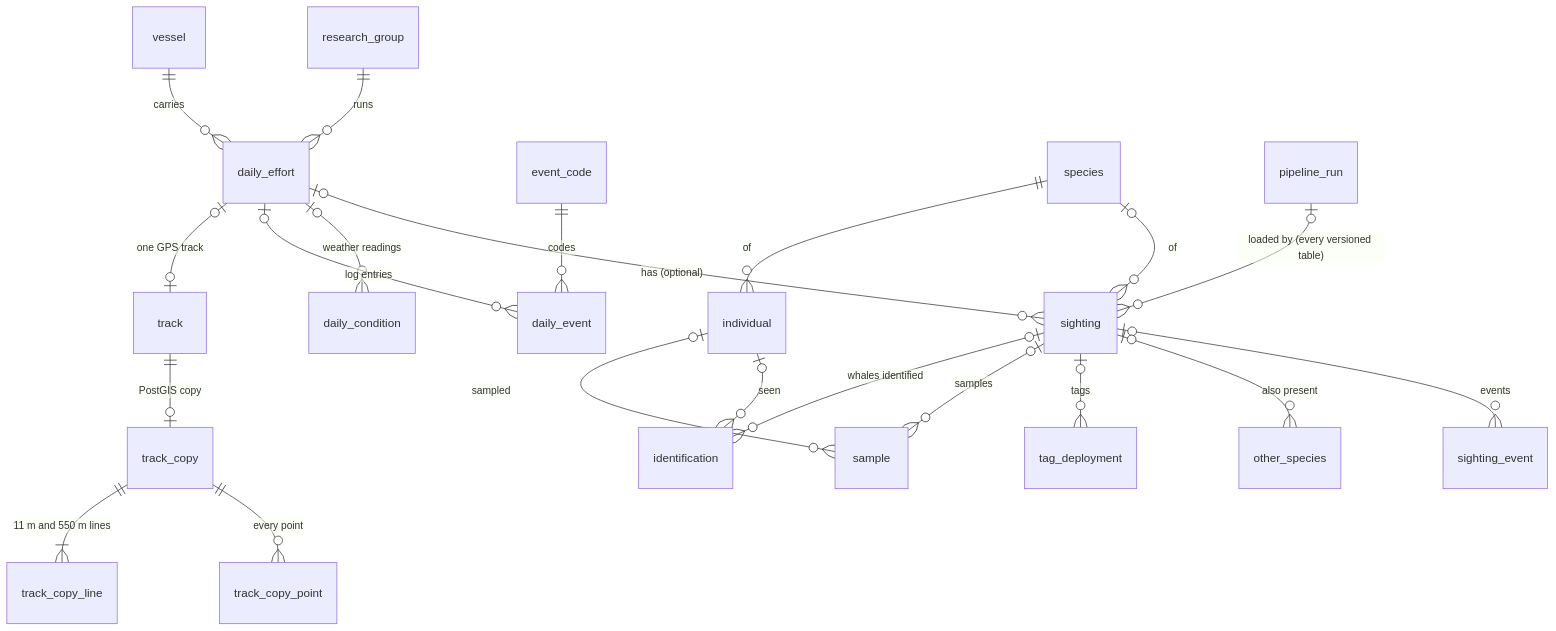
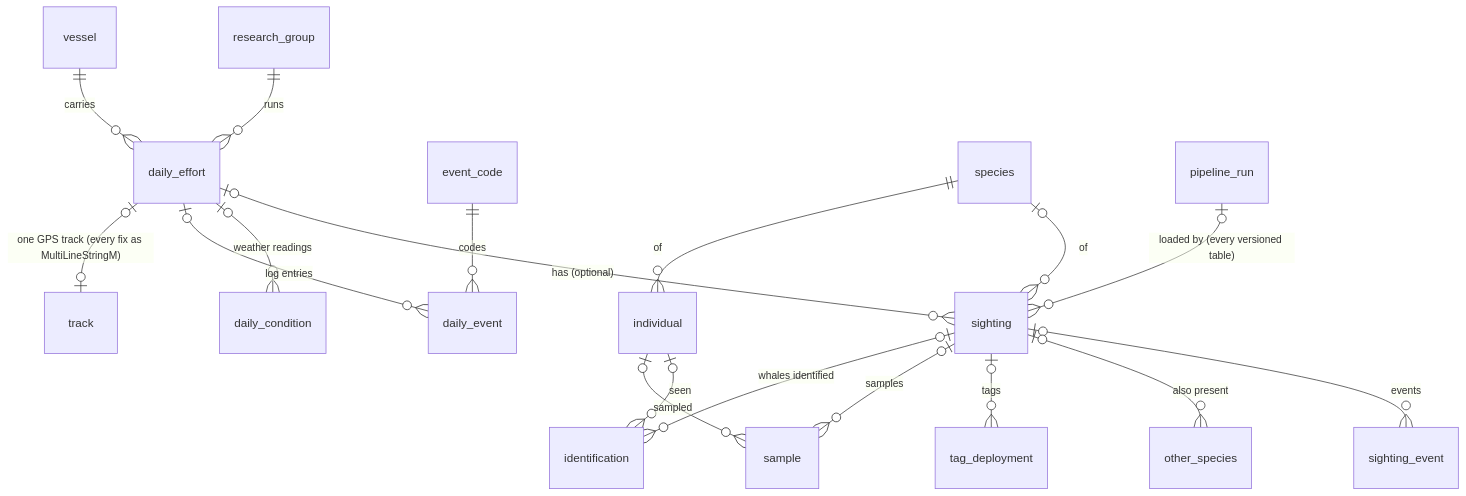
The diagram in docs/schema/schema.md (Boaxes/Cascadia-DB-V2), drawn with Mermaid before and after one commit. The commit also changed other lines of this file and 6 other files, not shown here.

Commit message:
Tracks: one MultiLineStringM row per track version; drop the three copy tables (Q-078)

````diff
--- a/docs/schema/schema.md
+++ b/docs/schema/schema.md
@@ -52,23 +52,20 @@
 ```mermaid
 erDiagram
     research_group ||--o{ daily_effort : "runs"
     vessel ||--o{ daily_effort : "carries"
     daily_effort |o--o{ sighting : "has (optional)"
     daily_effort |o--o{ daily_condition : "weather readings"
     daily_effort |o--o{ daily_event : "log entries"
-    daily_effort |o--o| track : "one GPS track"
+    daily_effort |o--o| track : "one GPS track (every fix as MultiLineStringM)"
     event_code ||--o{ daily_event : "codes"
     species |o--o{ sighting : "of"
     sighting |o--o{ sighting_event : "events"
     sighting |o--o{ other_species : "also present"
     sighting |o--o{ tag_deployment : "tags"
     sighting |o--o{ sample : "samples"
     sighting |o--o{ identification : "whales identified"
     individual |o--o{ identification : "seen"
     individual |o--o{ sample : "sampled"
     species ||--o{ individual : "of"
-    track ||--o| track_copy : "PostGIS copy"
-    track_copy ||--o{ track_copy_point : "every point"
-    track_copy ||--|{ track_copy_line : "11 m and 550 m lines"
     pipeline_run |o--o{ sighting : "loaded by (every versioned table)"
 ```
````
